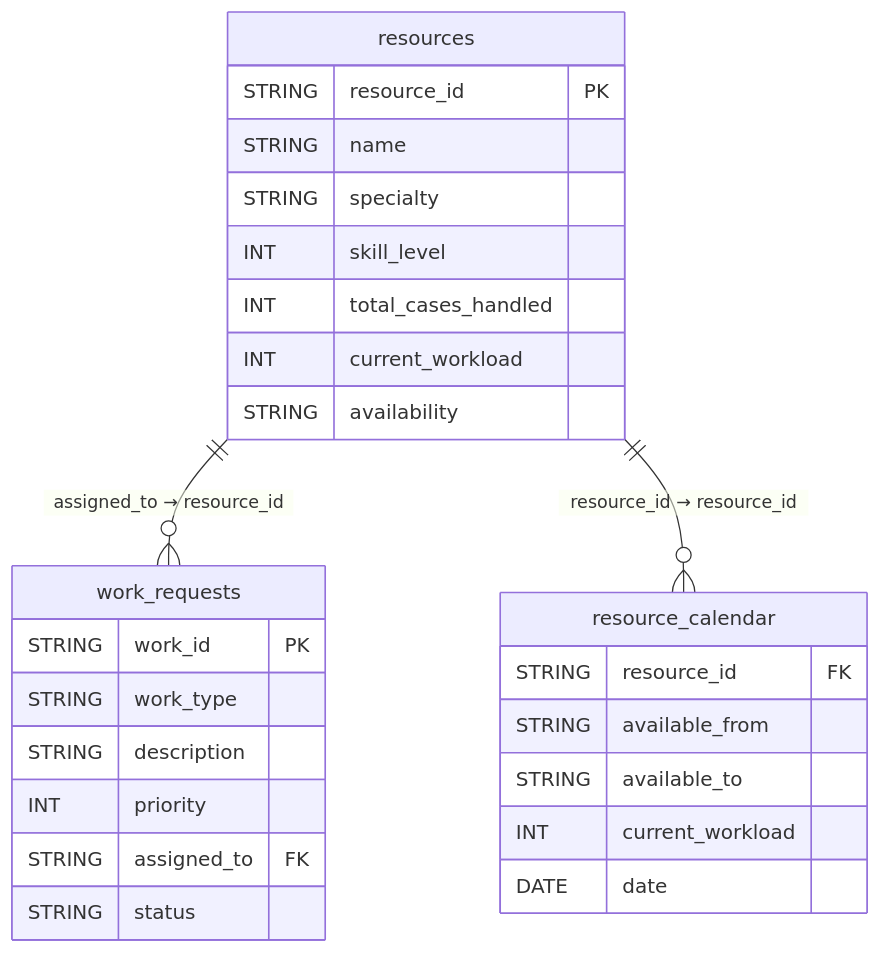
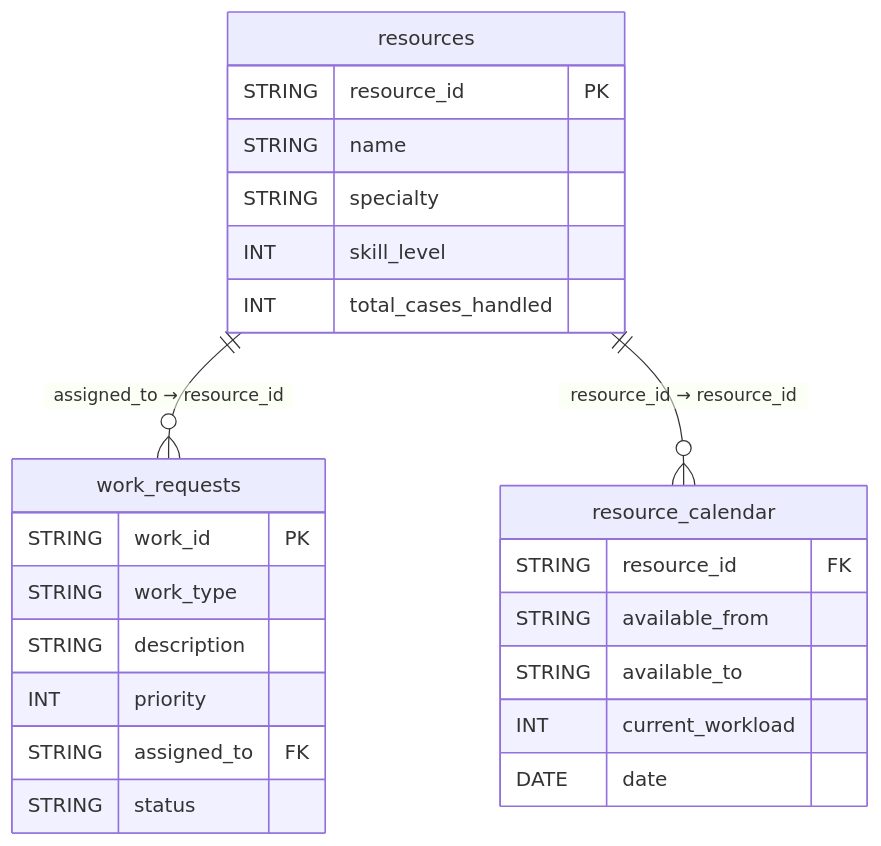
The first of 2 diagrams in README.md (Divyanshi1002/assignment), drawn with Mermaid before and after one commit.

Commit message:
edited README
Removed current_workload and availability fields from resource structure.

````diff
--- a/README.md
+++ b/README.md
@@ -69,34 +69,33 @@
 ```mermaid
 erDiagram
 
     work_requests {
         STRING work_id PK
         STRING work_type
         STRING description
         INT priority
         STRING assigned_to FK
         STRING status
     }
 
     resources {
         STRING resource_id PK
         STRING name
         STRING specialty
         INT skill_level
         INT total_cases_handled
-        INT current_workload
-        STRING availability
+       
     }
 
     resource_calendar {
         STRING resource_id FK
         STRING available_from
         STRING available_to
         INT current_workload
         DATE date
     }
 
     %% Relationships
     resources ||--o{ work_requests : "assigned_to → resource_id"
     resources ||--o{ resource_calendar : "resource_id → resource_id"
 ```
````
